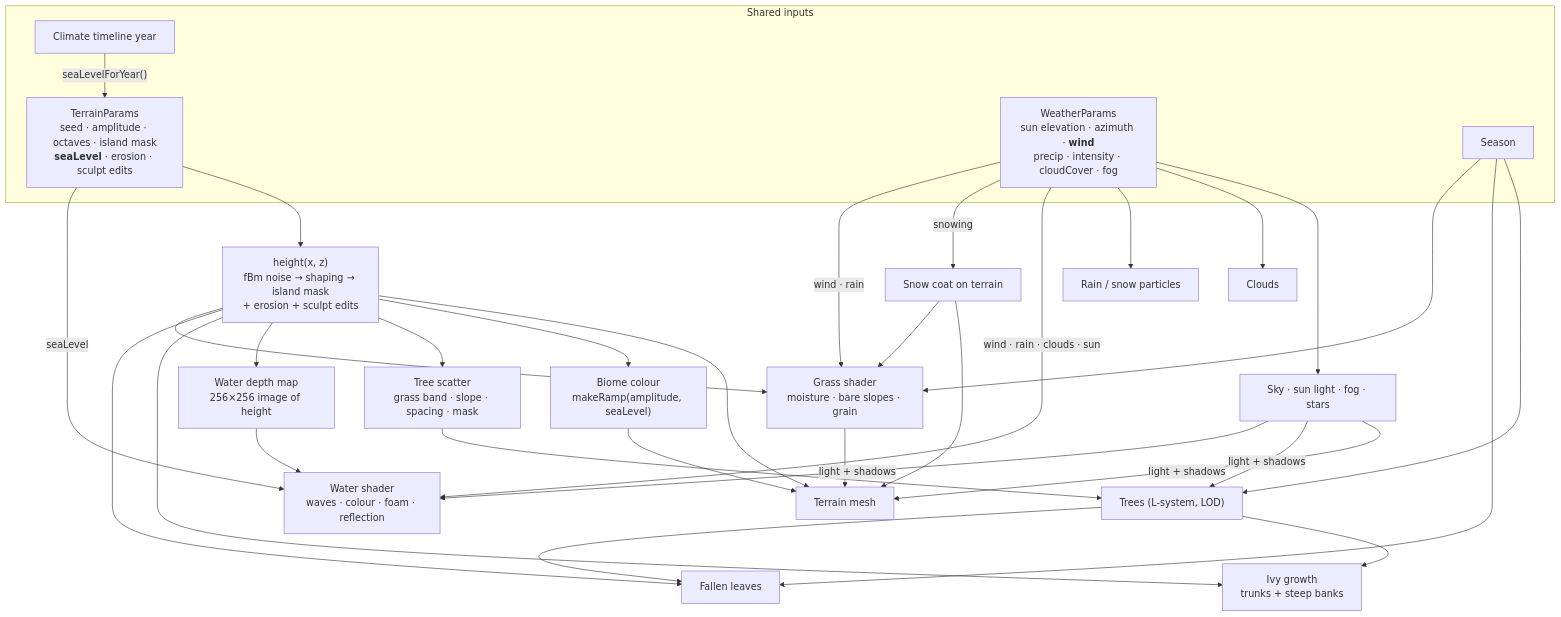
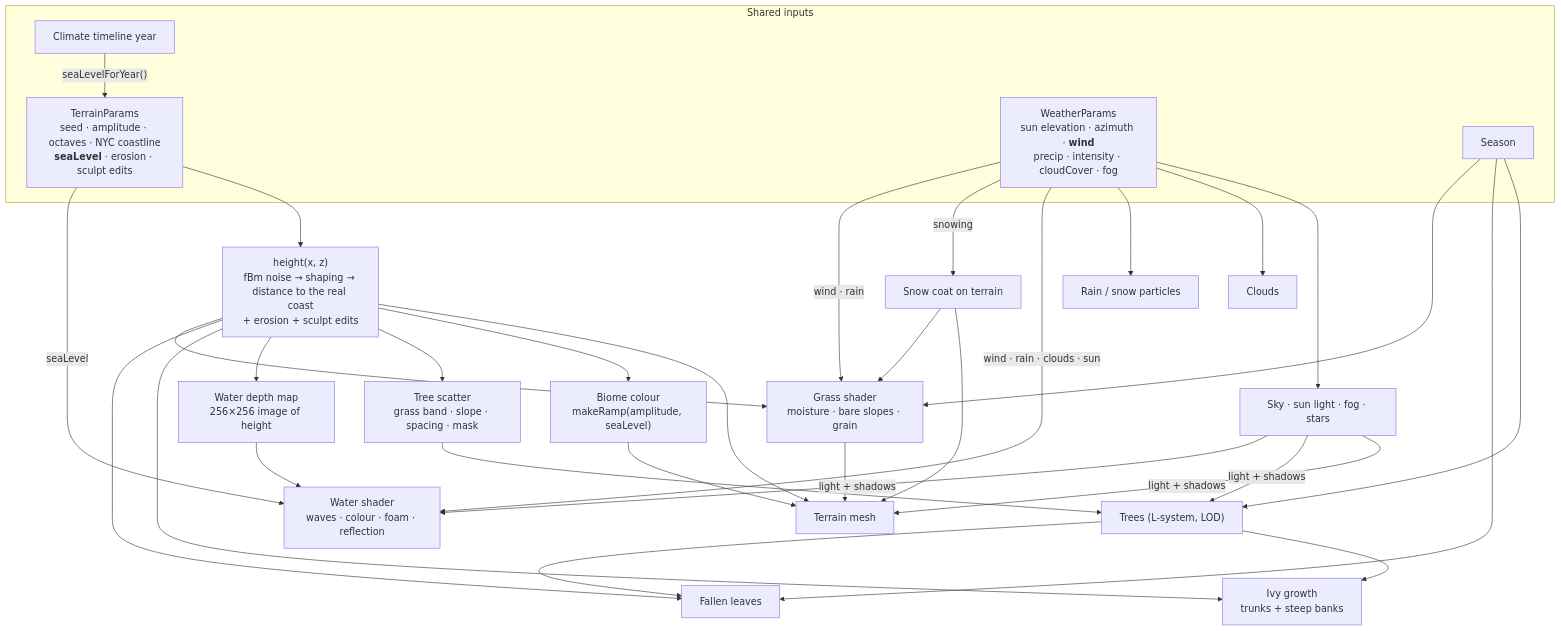
One commit to kmadikaegbu/procedural-world changed the diagram in Tutorials/How the World Fits Together.md. Above: the diagram before and after it, drawn with Mermaid. The commit also changed 177 other files, not shown here.

First line of the commit message:
Expand the world to New York City's real coastline

````diff
--- a/Tutorials/How the World Fits Together.md
+++ b/Tutorials/How the World Fits Together.md
@@ -166,44 +166,44 @@
 ```mermaid
 flowchart TD
     subgraph INPUTS["Shared inputs"]
-      TP["TerrainParams<br/>seed · amplitude · octaves · island mask<br/><b>seaLevel</b> · erosion · sculpt edits"]
+      TP["TerrainParams<br/>seed · amplitude · octaves · NYC coastline<br/><b>seaLevel</b> · erosion · sculpt edits"]
       WP["WeatherParams<br/>sun elevation · azimuth · <b>wind</b><br/>precip · intensity · cloudCover · fog"]
       YEAR["Climate timeline year"]
       SEASON["Season"]
     end
 
     YEAR -- "seaLevelForYear()" --> TP
-    TP --> H["height(x, z)<br/>fBm noise → shaping → island mask<br/>+ erosion + sculpt edits"]
+    TP --> H["height(x, z)<br/>fBm noise → shaping → distance to the real coast<br/>+ erosion + sculpt edits"]
 
     H --> TERRAIN["Terrain mesh"]
     H --> BIOME["Biome colour<br/>makeRamp(amplitude, seaLevel)"]
     H --> SCATTER["Tree scatter<br/>grass band · slope · spacing · mask"]
     H --> DEPTH["Water depth map<br/>256×256 image of height"]
     H --> IVY["Ivy growth<br/>trunks + steep banks"]
     H --> LEAVES["Fallen leaves"]
 
     BIOME --> TERRAIN
     SCATTER --> TREES["Trees (L-system, LOD)"]
     TREES --> IVY
     TREES --> LEAVES
     DEPTH --> WATER["Water shader<br/>waves · colour · foam · reflection"]
     TP -- "seaLevel" --> WATER
 
     WP --> SKY["Sky · sun light · fog · stars"]
     WP --> CLOUDS["Clouds"]
     WP --> PRECIP["Rain / snow particles"]
     WP -- "wind · rain · clouds · sun" --> WATER
     WP -- "snowing" --> SNOW["Snow coat on terrain"]
     SNOW --> TERRAIN
 
     SEASON --> TREES
     SEASON --> LEAVES
     H --> GRASS["Grass shader<br/>moisture · bare slopes · grain"]
     SEASON --> GRASS
     WP -- "wind · rain" --> GRASS
     SNOW --> GRASS
     GRASS --> TERRAIN
     SKY -- "light + shadows" --> TERRAIN
     SKY -- "light + shadows" --> TREES
     SKY -- "light + shadows" --> WATER
 ```
````
